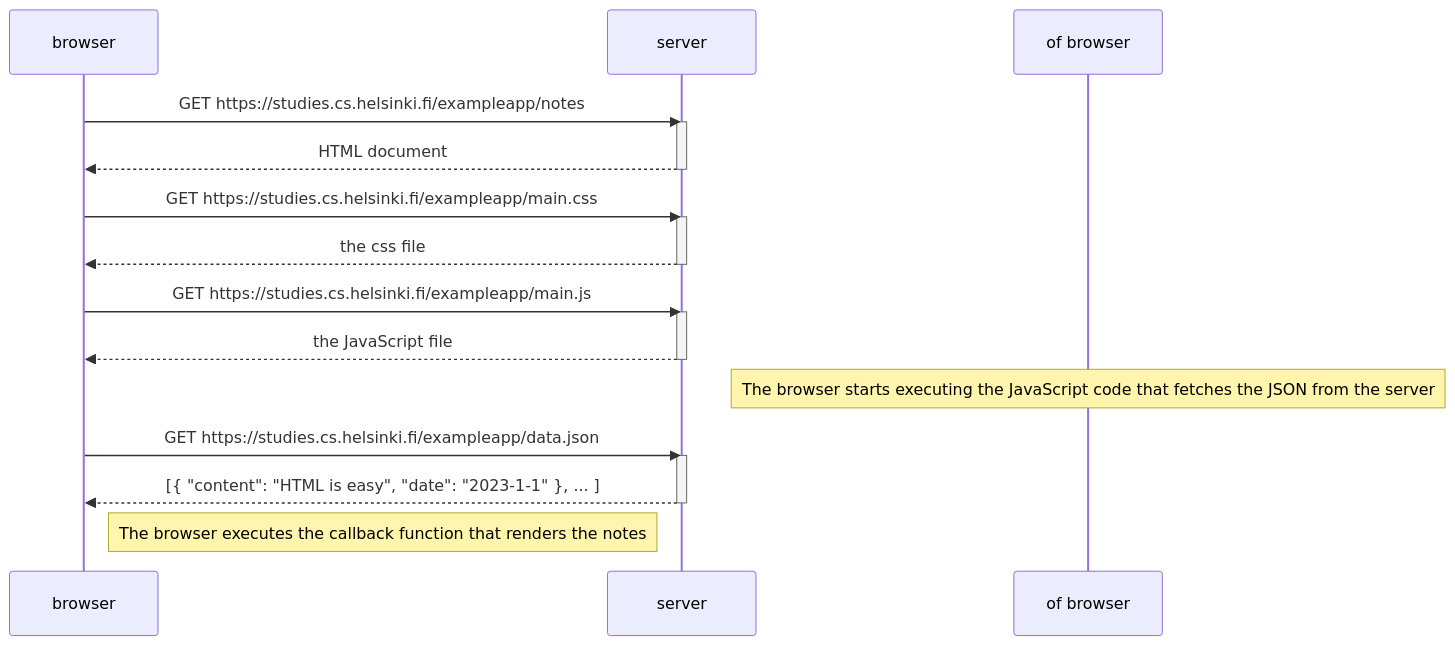
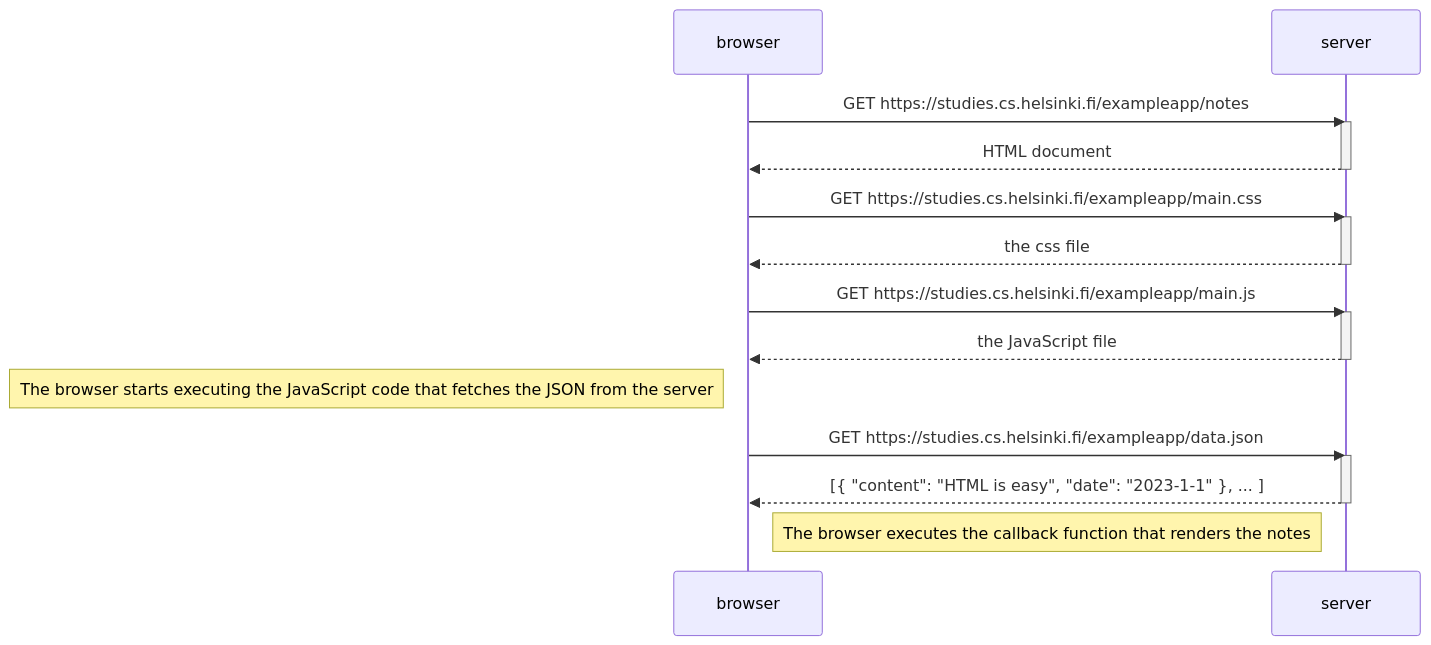
The diagram in part0/exercise_0_4.md (joshitobuba/example_app), drawn with Mermaid before and after one commit.

````diff
--- a/part0/exercise_0_4.md
+++ b/part0/exercise_0_4.md
@@ -1,29 +1,29 @@
 ```mermaid
   sequenceDiagram
     participant browser
     participant server
 
     browser->>server: GET https://studies.cs.helsinki.fi/exampleapp/notes
     activate server
     server-->>browser: HTML document
     deactivate server
 
     browser->>server: GET https://studies.cs.helsinki.fi/exampleapp/main.css
     activate server
     server-->>browser: the css file
     deactivate server
 
     browser->>server: GET https://studies.cs.helsinki.fi/exampleapp/main.js
     activate server
     server-->>browser: the JavaScript file
     deactivate server
 
-    note over of browser: The browser starts executing the JavaScript code that fetches the JSON from the server
+    note left of browser: The browser starts executing the JavaScript code that fetches the JSON from the server
 
     browser->>server: GET https://studies.cs.helsinki.fi/exampleapp/data.json
     activate server
     server-->>browser: [{ "content": "HTML is easy", "date": "2023-1-1" }, ... ]
     deactivate server
 
     Note right of browser: The browser executes the callback function that renders the notes
 ```
````
